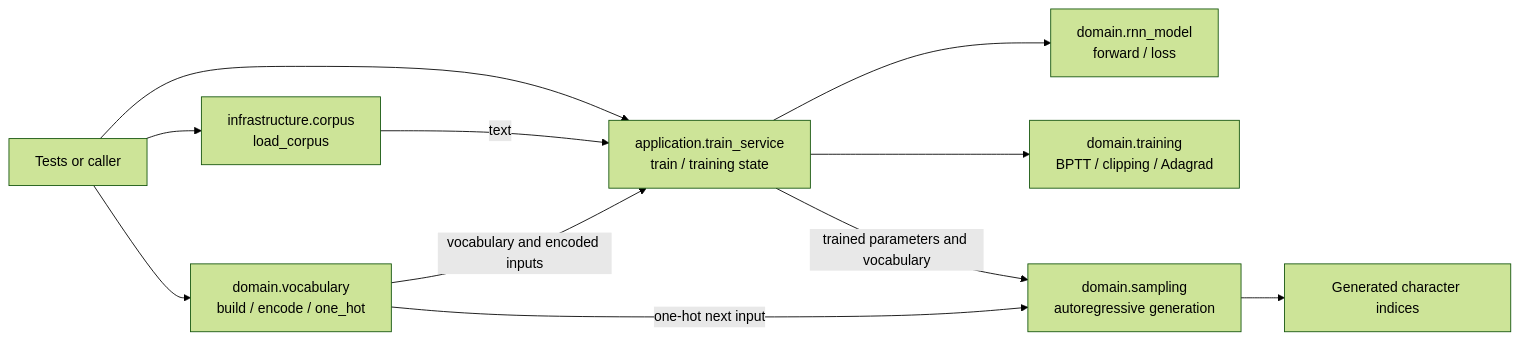
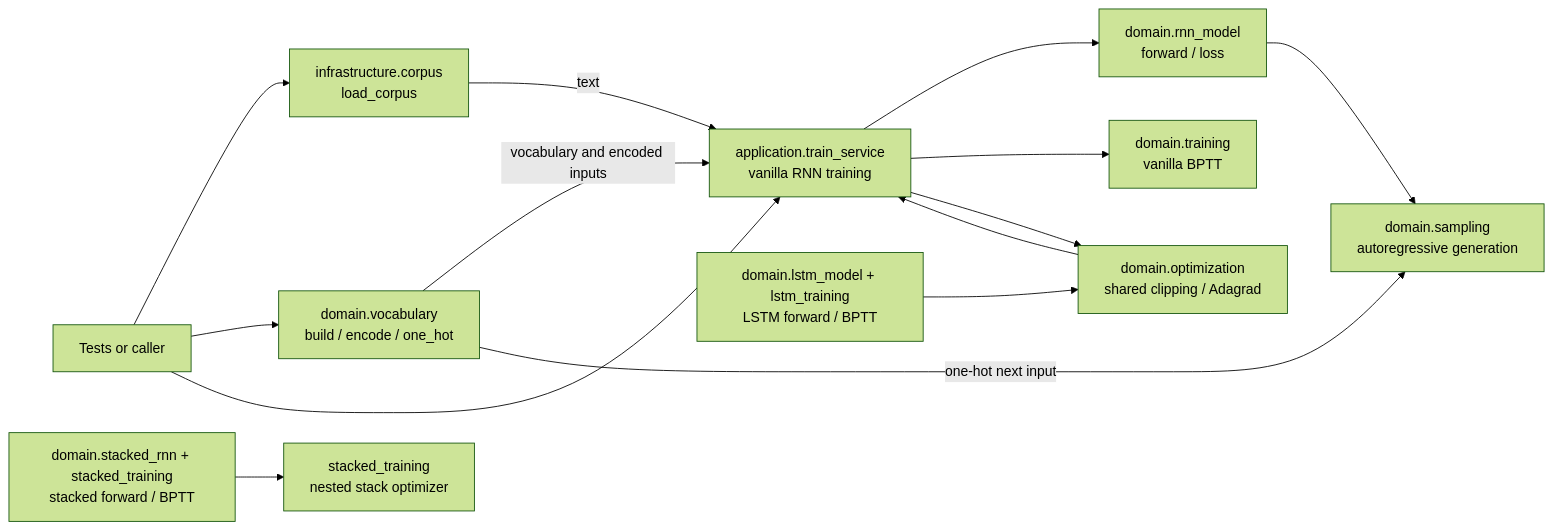
The first of 2 diagrams in quality/report_code.md (duhgrando/karpathy_rnn_lab), drawn with Mermaid (forest theme) before and after one commit. The commit also changed other lines of this file and 18 other files, not shown here.

Commit message:
feat: add LSTM and stacked RNN forward/backprop

````diff
--- a/quality/report_code.md
+++ b/quality/report_code.md
@@ -31,22 +33,28 @@
 ```mermaid
 flowchart LR
     Caller[Tests or caller]
     Corpus[infrastructure.corpus<br/>load_corpus]
     Vocabulary[domain.vocabulary<br/>build / encode / one_hot]
-    App[application.train_service<br/>train / training state]
-    Forward[domain.rnn_model<br/>forward / loss]
-    Training[domain.training<br/>BPTT / clipping / Adagrad]
+    App[application.train_service<br/>vanilla RNN training]
+    RNN[domain.rnn_model<br/>forward / loss]
+    RNNTrain[domain.training<br/>vanilla BPTT]
+    LSTM[domain.lstm_model + lstm_training<br/>LSTM forward / BPTT]
+    Stack[domain.stacked_rnn + stacked_training<br/>stacked forward / BPTT]
+    Optimizer[domain.optimization<br/>shared clipping / Adagrad]
+    StackOptimizer[stacked_training<br/>nested stack optimizer]
     Sampling[domain.sampling<br/>autoregressive generation]
-    Output[Generated character indices]
 
     Caller --> Corpus
     Caller --> Vocabulary
     Caller --> App
     Corpus -->|text| App
     Vocabulary -->|vocabulary and encoded inputs| App
-    App --> Forward
-    App --> Training
-    App -->|trained parameters and vocabulary| Sampling
+    App --> RNN
+    App --> RNNTrain
+    App --> Optimizer
+    LSTM --> Optimizer
+    Stack --> StackOptimizer
+    Optimizer --> App
+    RNN --> Sampling
     Vocabulary -->|one-hot next input| Sampling
-    Sampling --> Output
 ```
````
